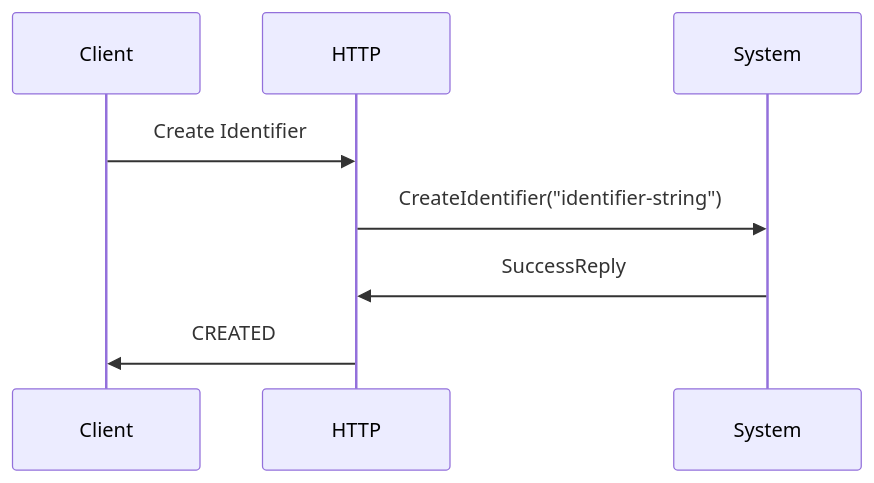
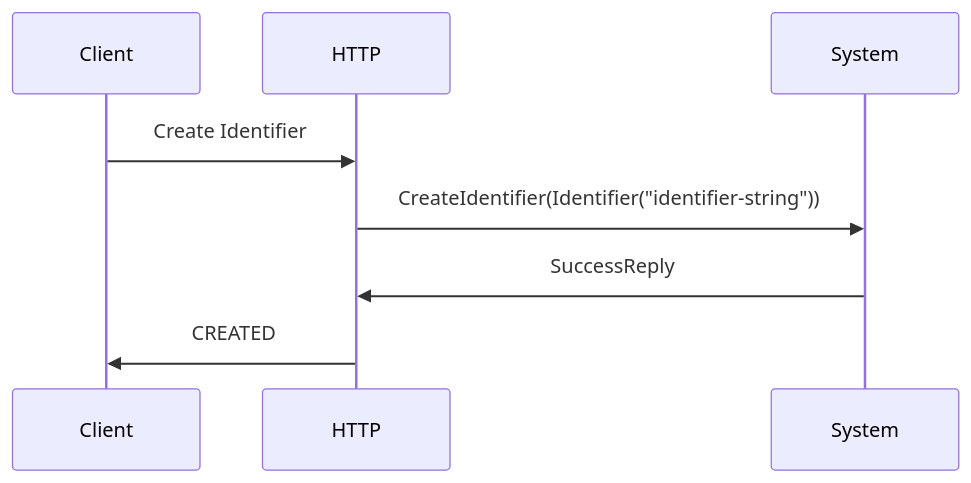
The first of 3 diagrams in README.md (zkrami/notification-system-akka), drawn with Mermaid before and after one commit. The commit also changed other lines of this file and 9 other files, not shown here.

````diff
--- a/README.md
+++ b/README.md
@@ -4,7 +3,7 @@
 ```mermaid
 sequenceDiagram
     Client->>HTTP: Create Identifier 
-    HTTP->>System: CreateIdentifier("identifier-string")
+    HTTP->>System: CreateIdentifier(Identifier("identifier-string"))
     System->>HTTP: SuccessReply
     HTTP->>Client: CREATED
  ```
````
